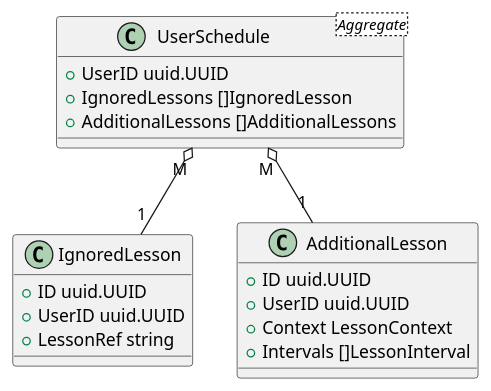
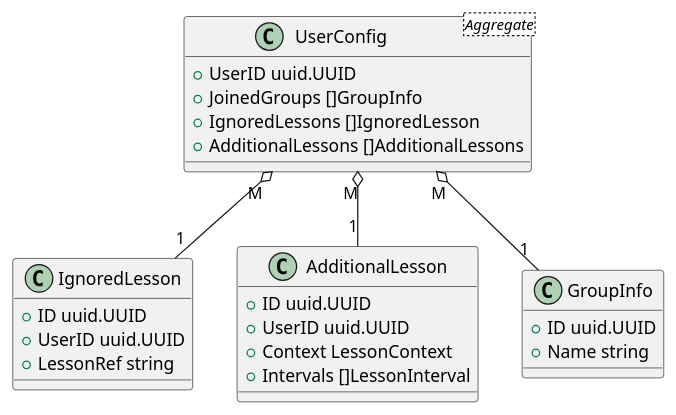
Before and after one commit to tellmeac/ExtendedSchedule: the diagram in ExtendedSchedule/docs/domain.puml, drawn with PlantUML. The commit also changed 13 other files, not shown here.

```diff
--- a/ExtendedSchedule/docs/domain.puml
+++ b/ExtendedSchedule/docs/domain.puml
@@ -1,25 +1,32 @@
 @startuml EntityDiagram
 
-class UserSchedule <Aggregate> {
+class UserConfig <Aggregate> {
     +UserID uuid.UUID
+    +JoinedGroups []GroupInfo
     +IgnoredLessons []IgnoredLesson
     +AdditionalLessons []AdditionalLessons
 }
 
 class IgnoredLesson {
     +ID uuid.UUID
     +UserID uuid.UUID
     +LessonRef string
 }
 
 class AdditionalLesson {
     +ID uuid.UUID
     +UserID uuid.UUID
     +Context LessonContext
     +Intervals []LessonInterval
 }
 
-UserSchedule "M" o-- "1" IgnoredLesson
-UserSchedule "M" o-- "1" AdditionalLesson
+class GroupInfo {
+    + ID uuid.UUID
+    + Name string
+}
+
+UserConfig "M" o-- "1" IgnoredLesson
+UserConfig "M" o-- "1" AdditionalLesson
+UserConfig "M" o-- "1" GroupInfo
 
 @enduml
```
